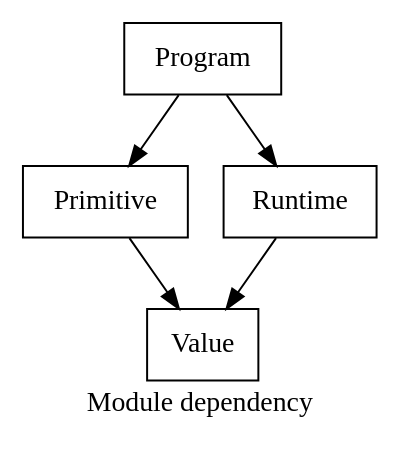
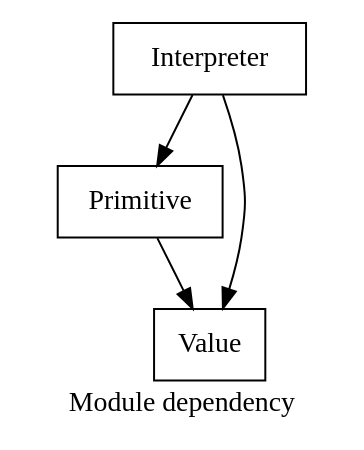
The diagram in src/Psyche.Interpreter/mod_deps.dot (0918nobita/psyche-fs), drawn with Graphviz before and after one commit. The commit also changed 1 other file, not shown here.

```diff
--- a/src/Psyche.Interpreter/mod_deps.dot
+++ b/src/Psyche.Interpreter/mod_deps.dot
@@ -1,13 +1,11 @@
 digraph mod_deps {
     label = "Module dependency"
 
-    program [shape = box, label = Program]
+    interpreter [shape = box, label = Interpreter]
     primitive [shape = box, label = Primitive]
-    runtime [shape = box, label = Runtime]
     value [shape = box, label = Value]
 
-    program -> primitive
-    program -> runtime
+    interpreter -> primitive
+    interpreter -> value
     primitive -> value
-    runtime -> value
 }
```
